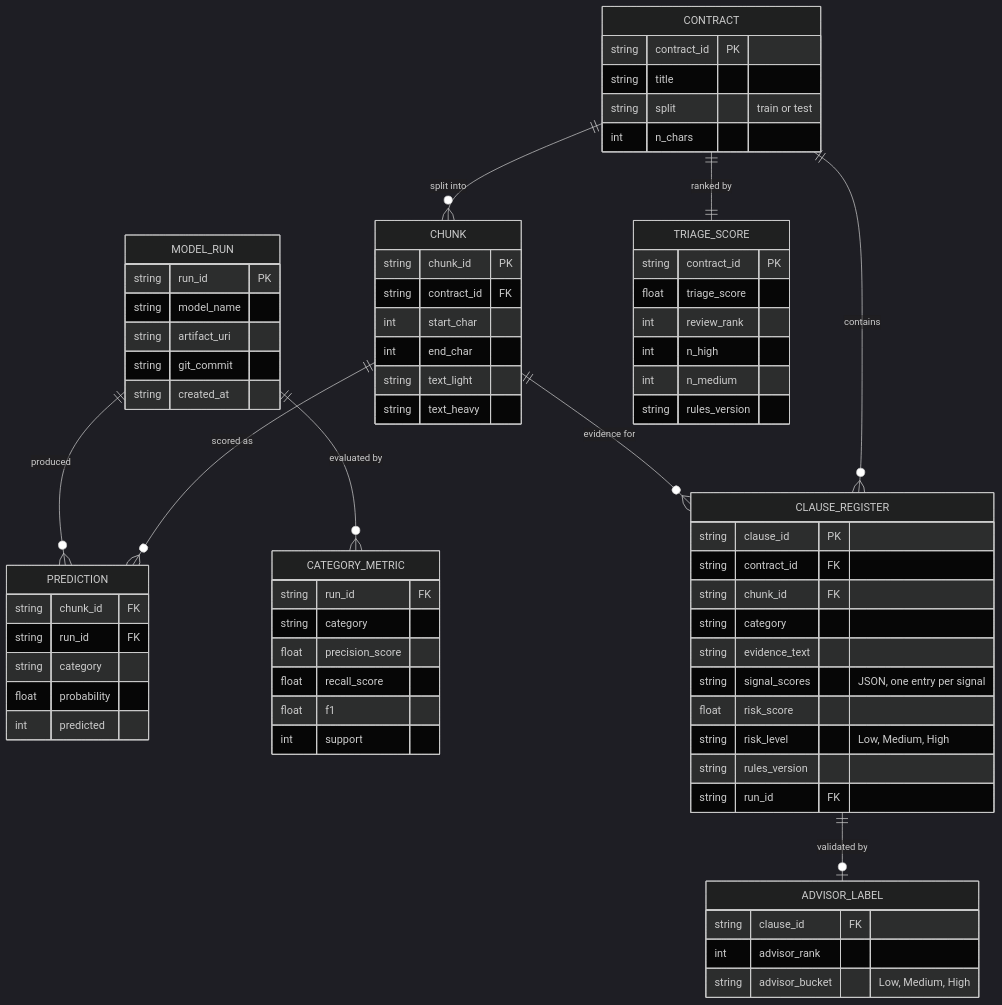
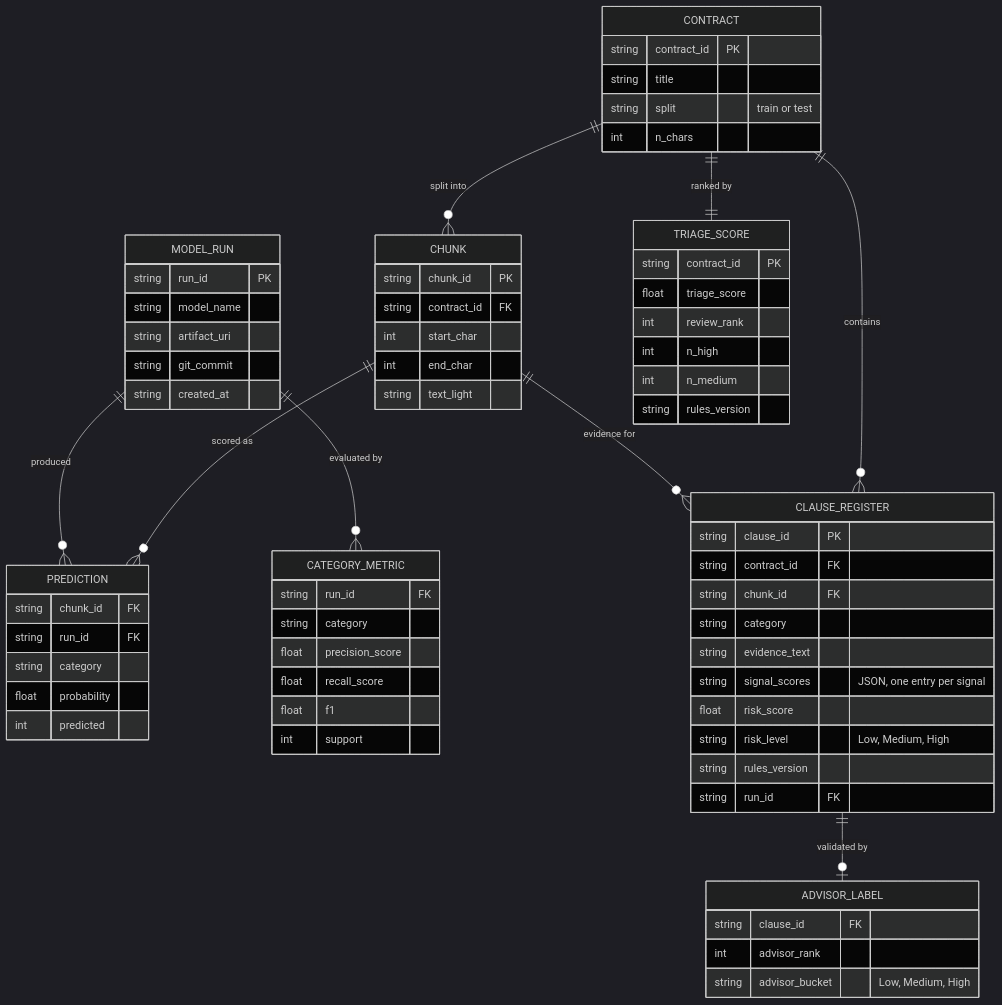
Before and after one commit to Break-Through-Tech/Accenture-1Q-contract-review-challenge: the second of 2 diagrams in docs/ARCHITECTURE.md, drawn with Mermaid (dark theme). The commit also changed other lines of this file, not shown here.

Commit message:
Drop TF-IDF baseline from architecture doc

````diff
--- a/docs/ARCHITECTURE.md
+++ b/docs/ARCHITECTURE.md
@@ -109,73 +104,72 @@
 ```mermaid
 erDiagram
     CONTRACT ||--o{ CHUNK : "split into"
     CHUNK ||--o{ PREDICTION : "scored as"
     MODEL_RUN ||--o{ PREDICTION : "produced"
     MODEL_RUN ||--o{ CATEGORY_METRIC : "evaluated by"
     CONTRACT ||--o{ CLAUSE_REGISTER : "contains"
     CHUNK ||--o{ CLAUSE_REGISTER : "evidence for"
     CLAUSE_REGISTER ||--o| ADVISOR_LABEL : "validated by"
     CONTRACT ||--|| TRIAGE_SCORE : "ranked by"
 
     CONTRACT {
         string contract_id PK
         string title
         string split "train or test"
         int n_chars
     }
     CHUNK {
         string chunk_id PK
         string contract_id FK
         int start_char
         int end_char
         string text_light
-        string text_heavy
     }
     MODEL_RUN {
         string run_id PK
         string model_name
         string artifact_uri
         string git_commit
         string created_at
     }
     PREDICTION {
         string chunk_id FK
         string run_id FK
         string category
         float probability
         int predicted
     }
     CATEGORY_METRIC {
         string run_id FK
         string category
         float precision_score
         float recall_score
         float f1
         int support
     }
     CLAUSE_REGISTER {
         string clause_id PK
         string contract_id FK
         string chunk_id FK
         string category
         string evidence_text
         string signal_scores "JSON, one entry per signal"
         float risk_score
         string risk_level "Low, Medium, High"
         string rules_version
         string run_id FK
     }
     ADVISOR_LABEL {
         string clause_id FK
         int advisor_rank
         string advisor_bucket "Low, Medium, High"
     }
     TRIAGE_SCORE {
         string contract_id PK
         float triage_score
         int review_rank
         int n_high
         int n_medium
         string rules_version
     }
 ```
````
